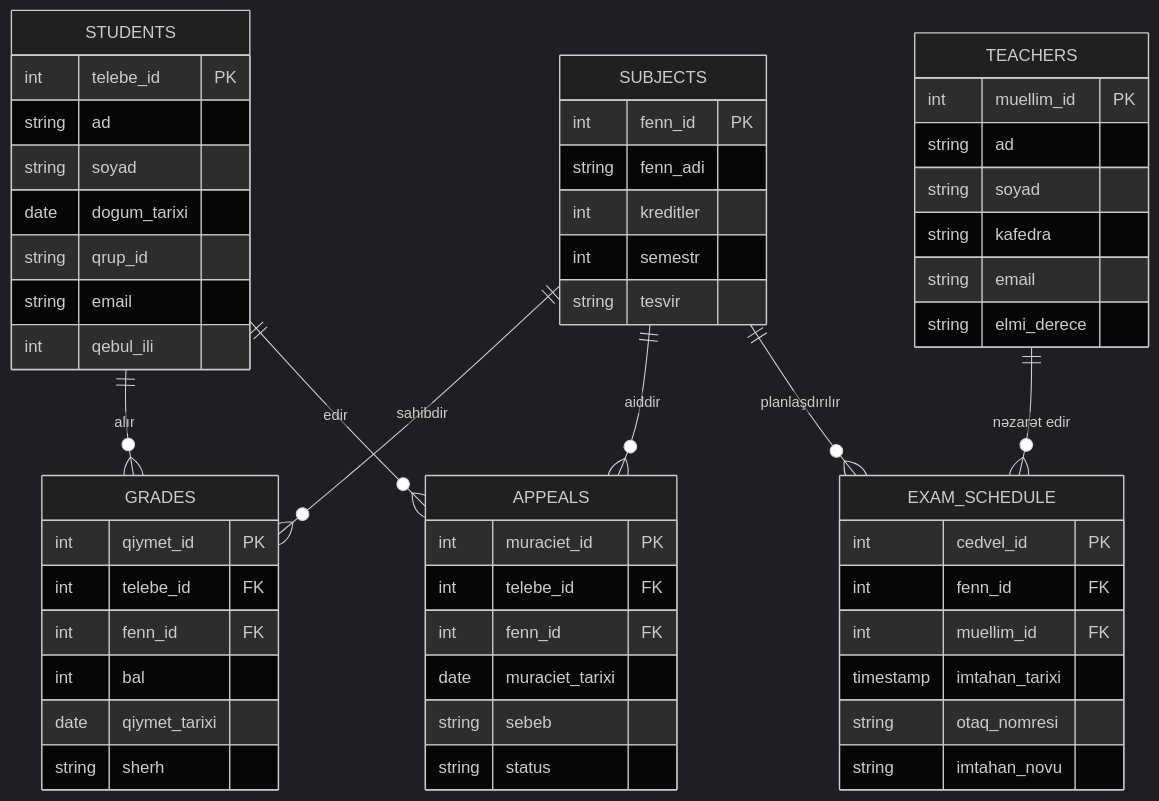
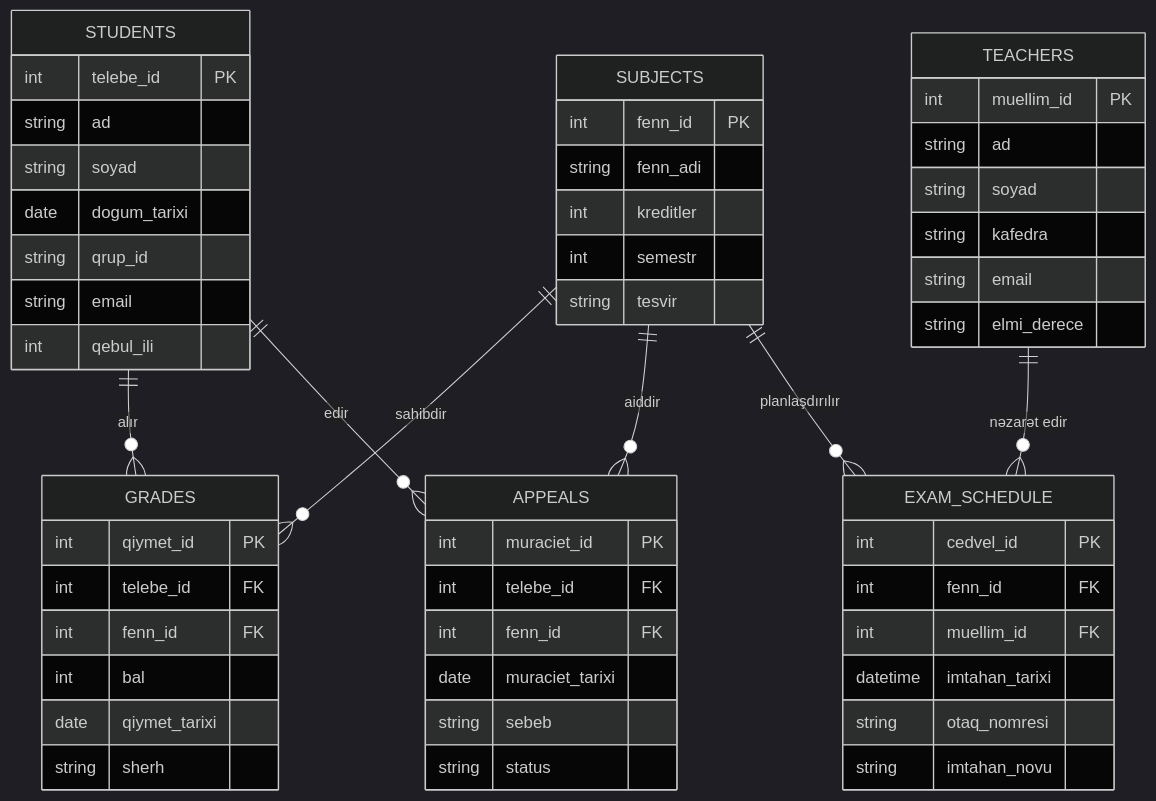
One commit to nicefaa6waa/dean_office_sql changed the first of 3 diagrams in README.md. Above: the diagram before and after it, drawn with Mermaid (dark theme). The commit also changed other lines of this file, not shown here.

````diff
--- a/README.md
+++ b/README.md
@@ -61,58 +100,58 @@
 ```mermaid
 erDiagram
     STUDENTS {
         int telebe_id PK
         string ad
         string soyad
         date dogum_tarixi
         string qrup_id
         string email
         int qebul_ili
     }
     TEACHERS {
         int muellim_id PK
         string ad
         string soyad
         string kafedra
         string email
         string elmi_derece
     }
     SUBJECTS {
         int fenn_id PK
         string fenn_adi
         int kreditler
         int semestr
         string tesvir
     }
     EXAM_SCHEDULE {
         int cedvel_id PK
         int fenn_id FK
         int muellim_id FK
-        timestamp imtahan_tarixi
+        datetime imtahan_tarixi
         string otaq_nomresi
         string imtahan_novu
     }
     GRADES {
         int qiymet_id PK
         int telebe_id FK
         int fenn_id FK
         int bal
         date qiymet_tarixi
         string sherh
     }
     APPEALS {
         int muraciet_id PK
         int telebe_id FK
         int fenn_id FK
         date muraciet_tarixi
         string sebeb
         string status
     }
 
     STUDENTS ||--o{ GRADES : "alır"
     SUBJECTS ||--o{ GRADES : "sahibdir"
     STUDENTS ||--o{ APPEALS : "edir"
     SUBJECTS ||--o{ APPEALS : "aiddir"
     TEACHERS ||--o{ EXAM_SCHEDULE : "nəzarət edir"
     SUBJECTS ||--o{ EXAM_SCHEDULE : "planlaşdırılır"
 ```
````
